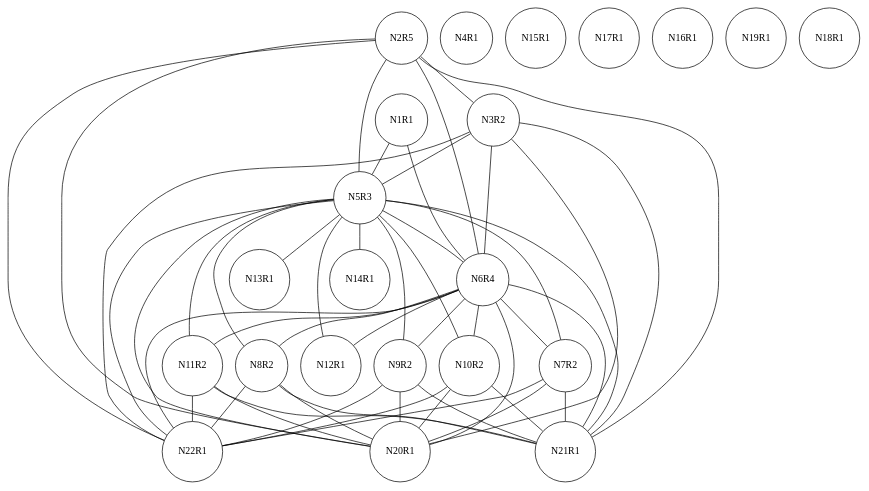
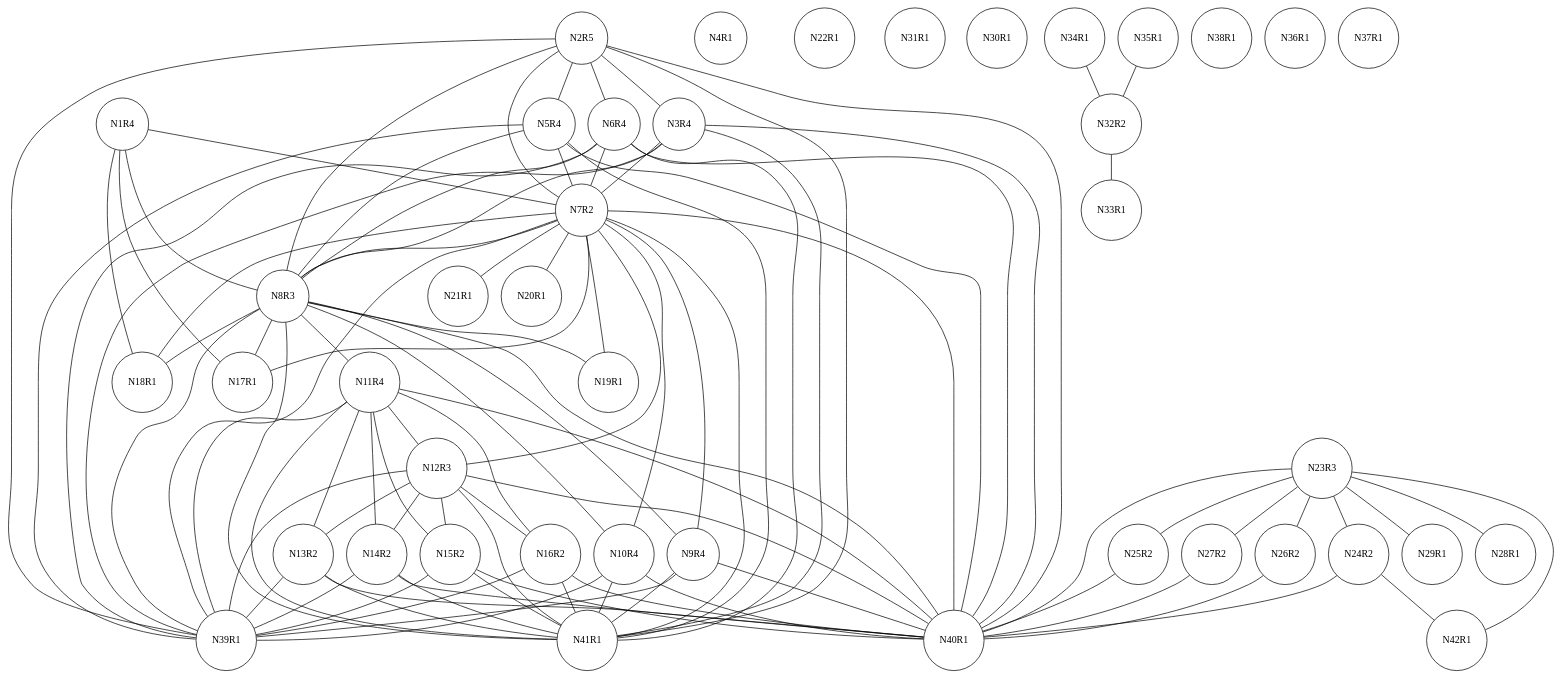
One commit to chris-wood/PL241-Compiler changed the diagram in project/caw001.txt.ig.dot. Above: the diagram before and after it, drawn with Graphviz. The commit also changed 19 other files, not shown here.

```diff
--- a/project/caw001.txt.ig.dot
+++ b/project/caw001.txt.ig.dot
@@ -1,74 +1,142 @@
 graph ig {
     node [shape = circle];
-    N1R1;
+    N1R4;
     N2R5;
-    N3R2;
+    N3R4;
     N4R1;
-    N5R3;
+    N5R4;
     N6R4;
     N7R2;
-    N8R2;
-    N9R2;
-    N10R2;
-    N11R2;
-    N12R1;
-    N13R1;
-    N14R1;
-    N15R1;
+    N8R3;
+    N9R4;
+    N10R4;
+    N11R4;
+    N12R3;
+    N13R2;
+    N14R2;
+    N15R2;
     N17R1;
-    N16R1;
+    N16R2;
     N19R1;
     N18R1;
     N21R1;
     N20R1;
+    N23R3;
     N22R1;
-    N1R1 -- N5R3;
-    N1R1 -- N6R4;
-    N2R5 -- N3R2;
-    N2R5 -- N20R1;
-    N2R5 -- N21R1;
-    N2R5 -- N5R3;
+    N25R2;
+    N24R2;
+    N27R2;
+    N26R2;
+    N29R1;
+    N28R1;
+    N31R1;
+    N30R1;
+    N34R1;
+    N35R1;
+    N32R2;
+    N33R1;
+    N38R1;
+    N39R1;
+    N36R1;
+    N37R1;
+    N42R1;
+    N40R1;
+    N41R1;
+    N1R4 -- N18R1;
+    N1R4 -- N17R1;
+    N1R4 -- N7R2;
+    N1R4 -- N8R3;
     N2R5 -- N6R4;
-    N2R5 -- N22R1;
-    N3R2 -- N20R1;
-    N3R2 -- N21R1;
-    N3R2 -- N5R3;
-    N3R2 -- N6R4;
-    N3R2 -- N22R1;
-    N5R3 -- N14R1;
-    N5R3 -- N13R1;
-    N5R3 -- N12R1;
-    N5R3 -- N20R1;
-    N5R3 -- N21R1;
-    N5R3 -- N22R1;
-    N5R3 -- N11R2;
-    N5R3 -- N10R2;
-    N5R3 -- N6R4;
-    N5R3 -- N9R2;
-    N5R3 -- N8R2;
-    N5R3 -- N7R2;
-    N6R4 -- N12R1;
-    N6R4 -- N20R1;
-    N6R4 -- N21R1;
-    N6R4 -- N22R1;
-    N6R4 -- N11R2;
-    N6R4 -- N10R2;
-    N6R4 -- N9R2;
-    N6R4 -- N8R2;
+    N2R5 -- N5R4;
+    N2R5 -- N40R1;
+    N2R5 -- N39R1;
+    N2R5 -- N7R2;
+    N2R5 -- N41R1;
+    N2R5 -- N8R3;
+    N2R5 -- N3R4;
+    N3R4 -- N40R1;
+    N3R4 -- N39R1;
+    N3R4 -- N7R2;
+    N3R4 -- N41R1;
+    N3R4 -- N8R3;
+    N5R4 -- N40R1;
+    N5R4 -- N39R1;
+    N5R4 -- N7R2;
+    N5R4 -- N41R1;
+    N5R4 -- N8R3;
+    N6R4 -- N40R1;
+    N6R4 -- N39R1;
     N6R4 -- N7R2;
+    N6R4 -- N41R1;
+    N6R4 -- N8R3;
+    N7R2 -- N21R1;
     N7R2 -- N20R1;
-    N7R2 -- N21R1;
-    N7R2 -- N22R1;
-    N8R2 -- N20R1;
-    N8R2 -- N21R1;
-    N8R2 -- N22R1;
-    N9R2 -- N20R1;
-    N9R2 -- N21R1;
-    N9R2 -- N22R1;
-    N10R2 -- N20R1;
-    N10R2 -- N21R1;
-    N10R2 -- N22R1;
-    N11R2 -- N20R1;
-    N11R2 -- N21R1;
-    N11R2 -- N22R1;
+    N7R2 -- N19R1;
+    N7R2 -- N18R1;
+    N7R2 -- N40R1;
+    N7R2 -- N39R1;
+    N7R2 -- N41R1;
+    N7R2 -- N17R1;
+    N7R2 -- N12R3;
+    N7R2 -- N8R3;
+    N7R2 -- N10R4;
+    N7R2 -- N9R4;
+    N8R3 -- N19R1;
+    N8R3 -- N18R1;
+    N8R3 -- N17R1;
+    N8R3 -- N40R1;
+    N8R3 -- N39R1;
+    N8R3 -- N41R1;
+    N8R3 -- N11R4;
+    N8R3 -- N10R4;
+    N8R3 -- N9R4;
+    N9R4 -- N40R1;
+    N9R4 -- N39R1;
+    N9R4 -- N41R1;
+    N10R4 -- N40R1;
+    N10R4 -- N39R1;
+    N10R4 -- N41R1;
+    N11R4 -- N16R2;
+    N11R4 -- N15R2;
+    N11R4 -- N12R3;
+    N11R4 -- N40R1;
+    N11R4 -- N39R1;
+    N11R4 -- N41R1;
+    N11R4 -- N14R2;
+    N11R4 -- N13R2;
+    N12R3 -- N16R2;
+    N12R3 -- N15R2;
+    N12R3 -- N39R1;
+    N12R3 -- N40R1;
+    N12R3 -- N41R1;
+    N12R3 -- N14R2;
+    N12R3 -- N13R2;
+    N13R2 -- N39R1;
+    N13R2 -- N40R1;
+    N13R2 -- N41R1;
+    N14R2 -- N39R1;
+    N14R2 -- N40R1;
+    N14R2 -- N41R1;
+    N15R2 -- N39R1;
+    N15R2 -- N40R1;
+    N15R2 -- N41R1;
+    N16R2 -- N40R1;
+    N16R2 -- N39R1;
+    N16R2 -- N41R1;
+    N23R3 -- N29R1;
+    N23R3 -- N28R1;
+    N23R3 -- N27R2;
+    N23R3 -- N26R2;
+    N23R3 -- N24R2;
+    N23R3 -- N42R1;
+    N23R3 -- N40R1;
+    N23R3 -- N25R2;
+    N25R2 -- N40R1;
+    N24R2 -- N42R1;
+    N24R2 -- N40R1;
+    N27R2 -- N40R1;
+    N26R2 -- N40R1;
+    N34R1 -- N32R2;
+    N35R1 -- N32R2;
+    N32R2 -- N33R1;
 }
```
